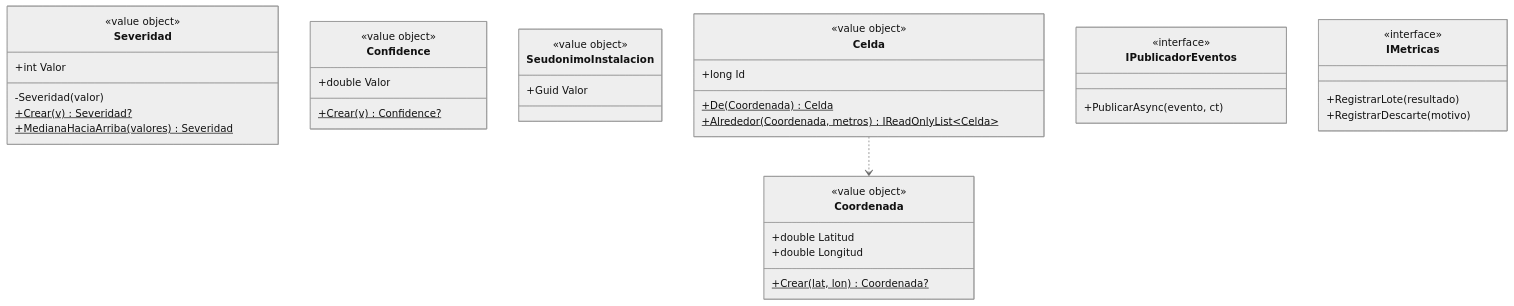
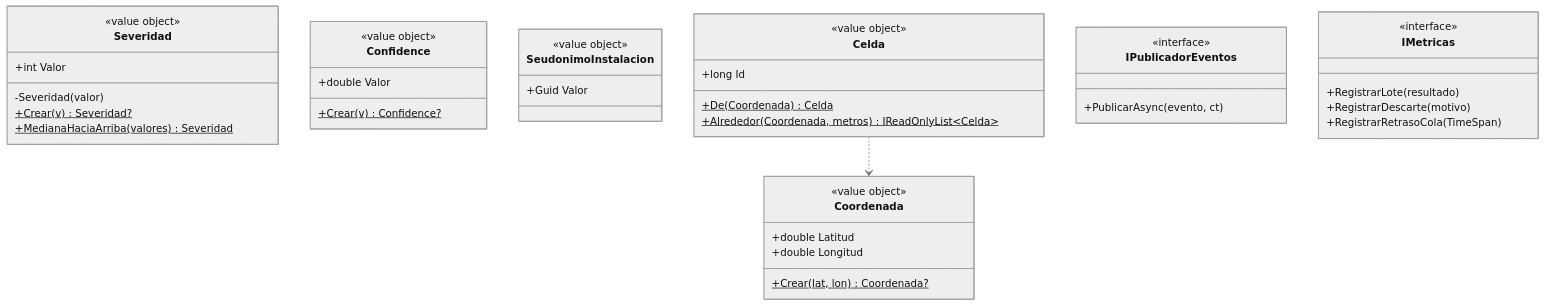
One commit to Crisso29/KillaUru_Sprint01 changed the second of 6 diagrams in docs/04-modelo-C4/Nivel4-diagrama-de-codigo.md. Above: the diagram before and after it, drawn with Mermaid (neutral theme). The commit also changed other lines of this file and 443 other files, not shown here.

````diff
--- a/docs/04-modelo-C4/Nivel4-diagrama-de-codigo.md
+++ b/docs/04-modelo-C4/Nivel4-diagrama-de-codigo.md
@@ -58,41 +59,42 @@
 ```mermaid
 classDiagram
     class Coordenada {
         <<value object>>
         +double Latitud
         +double Longitud
         +Crear(lat, lon)$ Coordenada?
     }
     class Severidad {
         <<value object>>
         +int Valor
         -Severidad(valor)
         +Crear(v)$ Severidad?
         +MedianaHaciaArriba(valores)$ Severidad
     }
     class Confidence {
         <<value object>>
         +double Valor
         +Crear(v)$ Confidence?
     }
     class SeudonimoInstalacion {
         <<value object>>
         +Guid Valor
     }
     class Celda {
         <<value object>>
         +long Id
         +De(Coordenada)$ Celda
         +Alrededor(Coordenada, metros)$ IReadOnlyList~Celda~
     }
     class IPublicadorEventos {
         <<interface>>
         +PublicarAsync(evento, ct)
     }
     class IMetricas {
         <<interface>>
         +RegistrarLote(resultado)
         +RegistrarDescarte(motivo)
+        +RegistrarRetrasoCola(TimeSpan)
     }
     Celda ..> Coordenada
 ```
````
